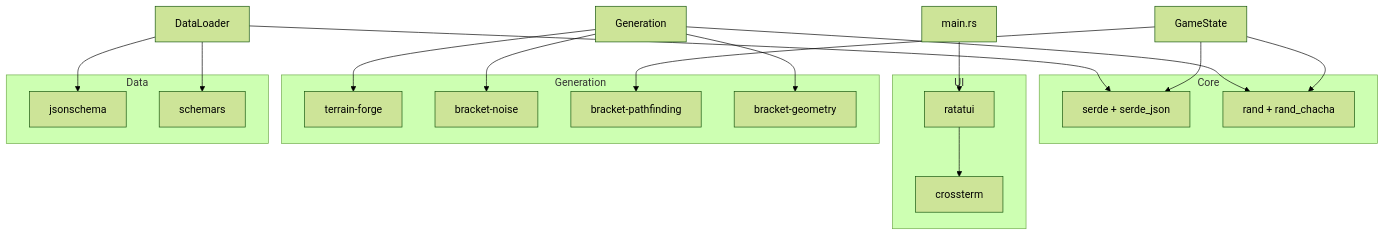
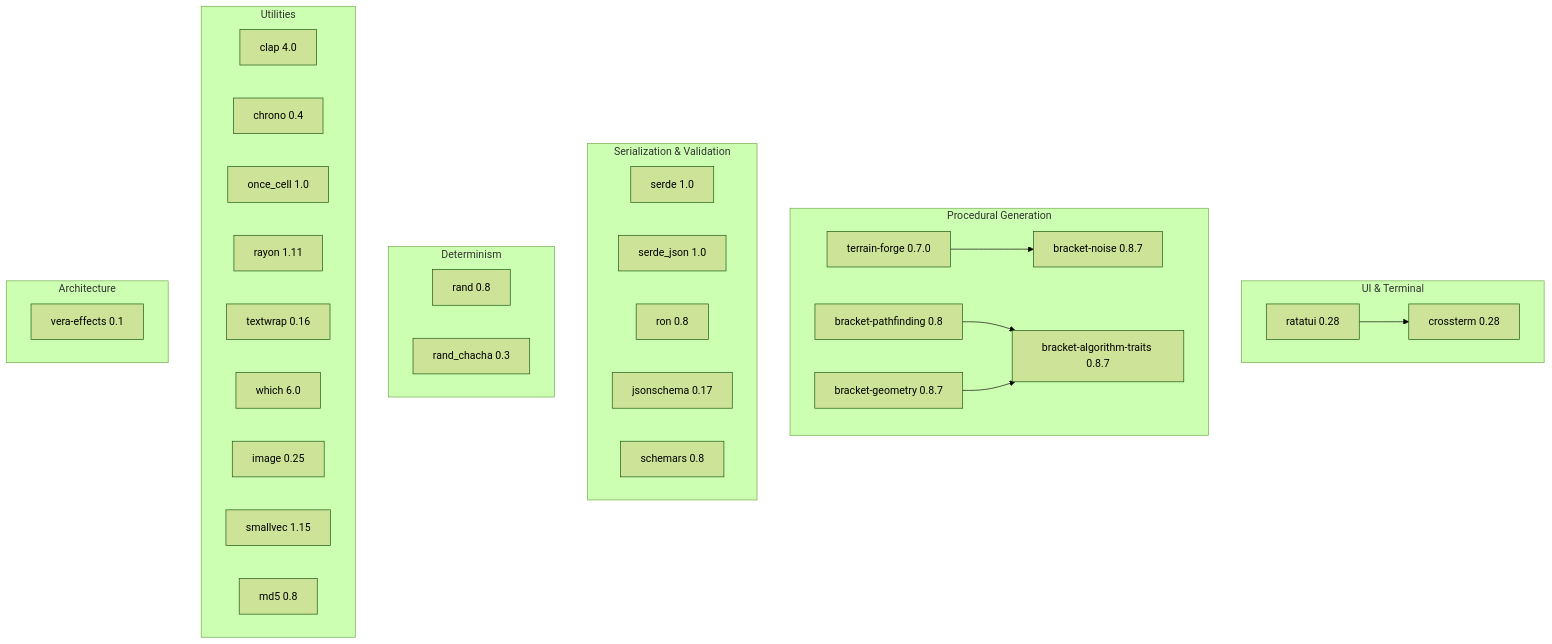
One commit to EliasVahlberg/saltglass-steppe changed the diagram in .agents/summary/dependencies.md. Above: the diagram before and after it, drawn with Mermaid (forest theme). The commit also changed other lines of this file and 30 other files, not shown here.

````diff
--- a/.agents/summary/dependencies.md
+++ b/.agents/summary/dependencies.md
@@ -55,37 +7,49 @@
 ```mermaid
 graph TB
-    subgraph "Core"
-        SERDE["serde + serde_json"]
-        RAND["rand + rand_chacha"]
+    subgraph UI["UI & Terminal"]
+        RATATUI[ratatui 0.28]
+        CROSSTERM[crossterm 0.28]
     end
 
-    subgraph "UI"
-        RATATUI["ratatui"]
-        CROSS["crossterm"]
-        RATATUI --> CROSS
+    subgraph Proc["Procedural Generation"]
+        TF[terrain-forge 0.7.0]
+        BN[bracket-noise 0.8.7]
+        BP[bracket-pathfinding 0.8]
+        BG[bracket-geometry 0.8.7]
+        BAT[bracket-algorithm-traits 0.8.7]
     end
 
-    subgraph "Generation"
-        TF["terrain-forge"]
-        BN["bracket-noise"]
-        BP["bracket-pathfinding"]
-        BG["bracket-geometry"]
+    subgraph Data["Serialization & Validation"]
+        SERDE[serde 1.0]
+        SJ[serde_json 1.0]
+        RON[ron 0.8]
+        JS[jsonschema 0.17]
+        SCHEM[schemars 0.8]
     end
 
-    subgraph "Data"
-        JS["jsonschema"]
-        SC["schemars"]
+    subgraph RNG_G["Determinism"]
+        RAND[rand 0.8]
+        RC[rand_chacha 0.3]
     end
 
-    GS["GameState"] --> SERDE
-    GS --> RAND
-    GS --> BP
-    GEN["Generation"] --> TF
-    GEN --> BN
-    GEN --> BG
-    GEN --> RAND
-    DL["DataLoader"] --> SERDE
-    DL --> JS
-    DL --> SC
-    MAIN["main.rs"] --> RATATUI
+    subgraph Util["Utilities"]
+        CLAP[clap 4.0]
+        CHRONO[chrono 0.4]
+        OC[once_cell 1.0]
+        RAYON[rayon 1.11]
+        TW[textwrap 0.16]
+        WHICH[which 6.0]
+        IMG[image 0.25]
+        SV[smallvec 1.15]
+        MD5[md5 0.8]
+    end
+
+    subgraph Arch["Architecture"]
+        VERA[vera-effects 0.1]
+    end
+
+    RATATUI --> CROSSTERM
+    TF --> BN
+    BP --> BAT
+    BG --> BAT
 ```
````
